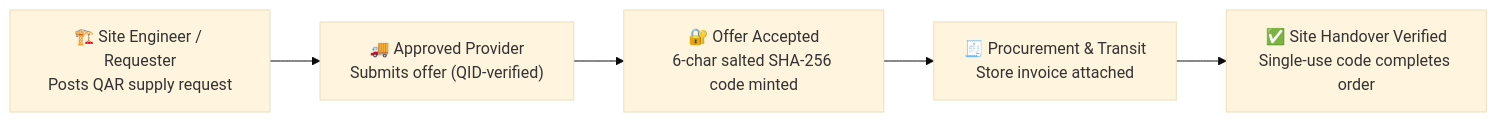
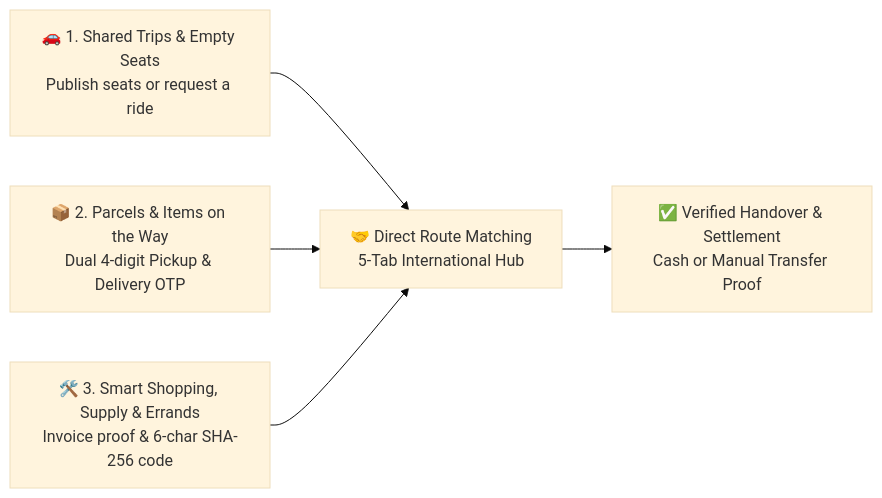
One commit to Abdelrahman-Mahana/Meshwar-Platform changed the diagram in README.md. Above: the diagram before and after it, drawn with Mermaid (base theme). The commit also changed other lines of this file and 42 other files, not shown here.

````diff
--- a/README.md
+++ b/README.md
@@ -29,7 +27,7 @@
 ```mermaid
 flowchart LR
-    R["🏗️ Site Engineer / Requester<br/>Posts QAR supply request"] --> O["🚚 Approved Provider<br/>Submits offer (QID-verified)"]
-    O --> A["🔐 Offer Accepted<br/>6-char salted SHA-256 code minted"]
-    A --> F["🧾 Procurement & Transit<br/>Store invoice attached"]
-    F --> H["✅ Site Handover Verified<br/>Single-use code completes order"]
+    S1["🚗 1. Shared Trips & Empty Seats<br/>Publish seats or request a ride"] --> M["🤝 Direct Route Matching<br/>5-Tab International Hub"]
+    S2["📦 2. Parcels & Items on the Way<br/>Dual 4-digit Pickup & Delivery OTP"] --> M
+    S3["🛠️ 3. Smart Shopping, Supply & Errands<br/>Invoice proof & 6-char SHA-256 code"] --> M
+    M --> H["✅ Verified Handover & Settlement<br/>Cash or Manual Transfer Proof"]
 ```
````
